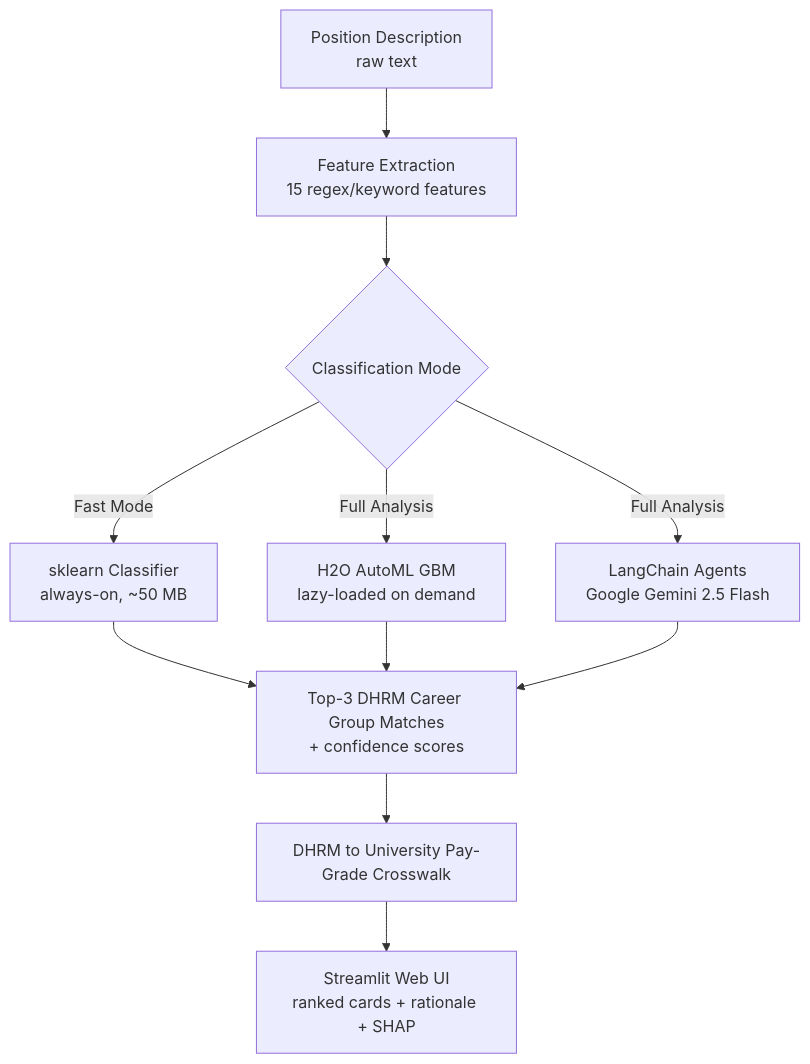
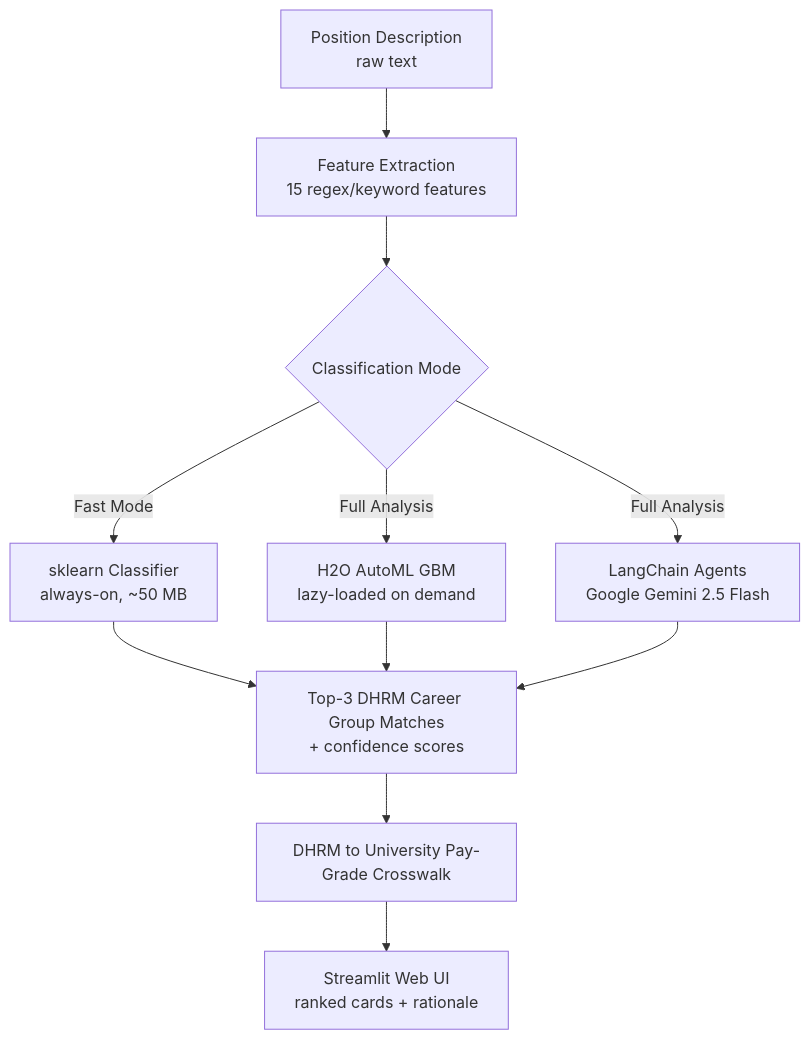
One commit to MSBA-Spring2026-Team-7/GRIFFIN-HR-Classification changed the first of 3 diagrams in README.md. Above: the diagram before and after it, drawn with Mermaid. The commit also changed other lines of this file and 10 other files, not shown here.

````diff
--- a/README.md
+++ b/README.md
@@ -49,13 +49,13 @@
 ```mermaid
 graph TB
     A[Position Description<br/>raw text] --> B[Feature Extraction<br/>15 regex/keyword features]
     B --> C{Classification Mode}
     C -->|Fast Mode| D[sklearn Classifier<br/>always-on, ~50 MB]
     C -->|Full Analysis| E[H2O AutoML GBM<br/>lazy-loaded on demand]
     C -->|Full Analysis| F[LangChain Agents<br/>Google Gemini 2.5 Flash]
     D --> G[Top-3 DHRM Career Group Matches<br/>+ confidence scores]
     E --> G
     F --> G
     G --> H[DHRM to University Pay-Grade Crosswalk]
-    H --> I[Streamlit Web UI<br/>ranked cards + rationale + SHAP]
+    H --> I[Streamlit Web UI<br/>ranked cards + rationale]
 ```
````
